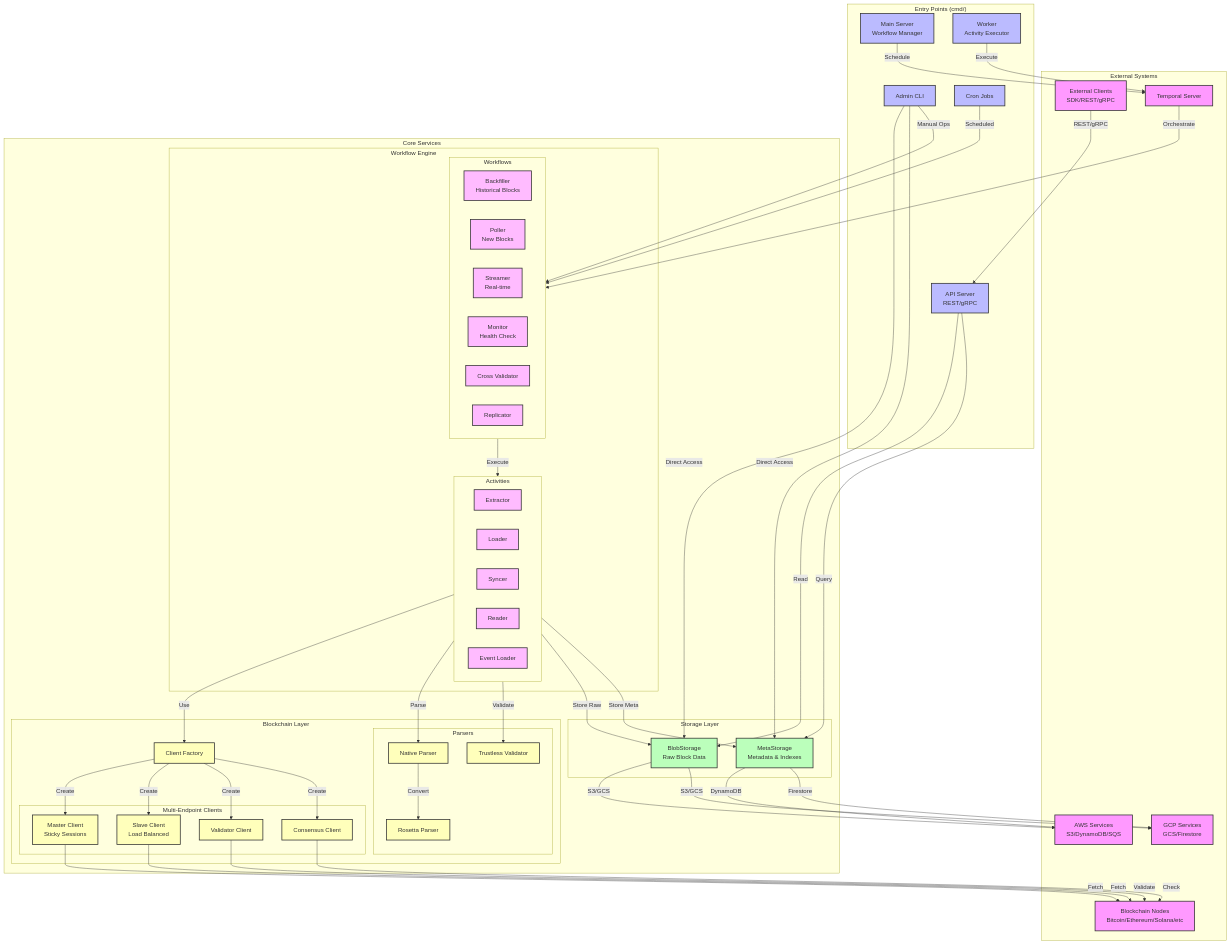
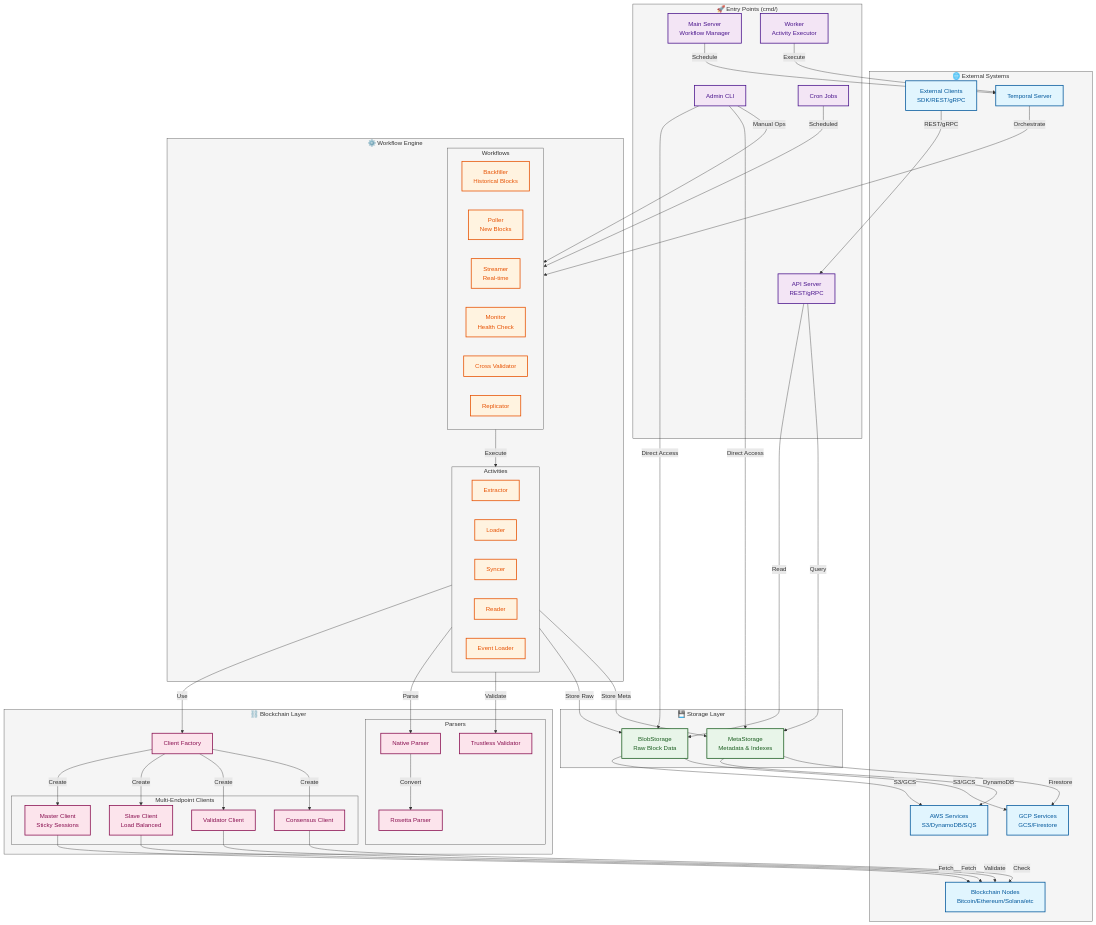
One commit to cipherowl-ai/chainstorage changed the second of 5 diagrams in COMPONENT_DIAGRAM.md. Above: the diagram before and after it, drawn with Mermaid. The commit also changed other lines of this file, not shown here.

First line of the commit message:
docs: improve component diagram readability

````diff
--- a/COMPONENT_DIAGRAM.md
+++ b/COMPONENT_DIAGRAM.md
@@ -7,7 +49,7 @@
 ```mermaid
 graph TB
     %% External Systems
-    subgraph "External Systems"
+    subgraph EXT["🌐 External Systems"]
         BC[Blockchain Nodes<br/>Bitcoin/Ethereum/Solana/etc]
         Client[External Clients<br/>SDK/REST/gRPC]
         Temporal[Temporal Server]
@@ -16,7 +58,7 @@
     end
 
     %% Entry Points
-    subgraph "Entry Points (cmd/)"
+    subgraph ENTRY["🚀 Entry Points (cmd/)"]
         API[API Server<br/>REST/gRPC]
         Server[Main Server<br/>Workflow Manager]
         Worker[Worker<br/>Activity Executor]
@@ -24,46 +66,46 @@
         Cron[Cron Jobs]
     end
 
-    %% Core Services
-    subgraph "Core Services"
-        subgraph "Storage Layer"
-            BlobStorage[BlobStorage<br/>Raw Block Data]
-            MetaStorage[MetaStorage<br/>Metadata & Indexes]
+    %% Storage Layer
+    subgraph STORAGE["💾 Storage Layer"]
+        BlobStorage[BlobStorage<br/>Raw Block Data]
+        MetaStorage[MetaStorage<br/>Metadata & Indexes]
+    end
+
+    %% Blockchain Layer
+    subgraph BLOCKCHAIN["⛓️ Blockchain Layer"]
+        ClientFactory[Client Factory]
+        subgraph CLIENTS["Multi-Endpoint Clients"]
+            Master[Master Client<br/>Sticky Sessions]
+            Slave[Slave Client<br/>Load Balanced]
+            Validator[Validator Client]
+            Consensus[Consensus Client]
         end
+        
+        subgraph PARSERS["Parsers"]
+            NativeParser[Native Parser]
+            RosettaParser[Rosetta Parser]
+            TrustlessValidator[Trustless Validator]
+        end
+    end
 
-        subgraph "Blockchain Layer"
-            ClientFactory[Client Factory]
-            subgraph "Multi-Endpoint Clients"
-                Master[Master Client<br/>Sticky Sessions]
-                Slave[Slave Client<br/>Load Balanced]
-                Validator[Validator Client]
-                Consensus[Consensus Client]
-            end
-            
-            subgraph "Parsers"
-                NativeParser[Native Parser]
-                RosettaParser[Rosetta Parser]
-                TrustlessValidator[Trustless Validator]
-            end
+    %% Workflow Engine
+    subgraph WORKFLOW["⚙️ Workflow Engine"]
+        subgraph WORKFLOWS["Workflows"]
+            Backfiller[Backfiller<br/>Historical Blocks]
+            Poller[Poller<br/>New Blocks]
+            Streamer[Streamer<br/>Real-time]
+            Monitor[Monitor<br/>Health Check]
+            CrossValidator[Cross Validator]
+            Replicator[Replicator]
         end
-
-        subgraph "Workflow Engine"
-            subgraph "Workflows"
-                Backfiller[Backfiller<br/>Historical Blocks]
-                Poller[Poller<br/>New Blocks]
-                Streamer[Streamer<br/>Real-time]
-                Monitor[Monitor<br/>Health Check]
-                CrossValidator[Cross Validator]
-                Replicator[Replicator]
-            end
-            
-            subgraph "Activities"
-                Extractor[Extractor]
-                Loader[Loader]
-                Syncer[Syncer]
-                Reader[Reader]
-                EventLoader[Event Loader]
-            end
+        
+        subgraph ACTIVITIES["Activities"]
+            Extractor[Extractor]
+            Loader[Loader]
+            Syncer[Syncer]
+            Reader[Reader]
+            EventLoader[Event Loader]
         end
     end
 
@@ -74,10 +116,10 @@
     
     Server -->|Schedule| Temporal
     Worker -->|Execute| Temporal
-    Temporal -->|Orchestrate| Workflows
+    Temporal -->|Orchestrate| WORKFLOWS
     
-    Workflows -->|Execute| Activities
-    Activities -->|Use| ClientFactory
+    WORKFLOWS -->|Execute| ACTIVITIES
+    ACTIVITIES -->|Use| ClientFactory
     ClientFactory -->|Create| Master
     ClientFactory -->|Create| Slave
     ClientFactory -->|Create| Validator
@@ -88,33 +130,35 @@
     Validator -->|Validate| BC
     Consensus -->|Check| BC
     
-    Activities -->|Parse| NativeParser
+    ACTIVITIES -->|Parse| NativeParser
     NativeParser -->|Convert| RosettaParser
-    Activities -->|Validate| TrustlessValidator
+    ACTIVITIES -->|Validate| TrustlessValidator
     
-    Activities -->|Store Raw| BlobStorage
-    Activities -->|Store Meta| MetaStorage
+    ACTIVITIES -->|Store Raw| BlobStorage
+    ACTIVITIES -->|Store Meta| MetaStorage
     BlobStorage -->|S3/GCS| AWS
     BlobStorage -->|S3/GCS| GCP
     MetaStorage -->|DynamoDB| AWS
     MetaStorage -->|Firestore| GCP
     
-    Admin -->|Manual Ops| Workflows
+    Admin -->|Manual Ops| WORKFLOWS
     Admin -->|Direct Access| BlobStorage
     Admin -->|Direct Access| MetaStorage
     
-    Cron -->|Scheduled| Workflows
+    Cron -->|Scheduled| WORKFLOWS
 
-    %% Styling
-    classDef external fill:#f9f,stroke:#333,stroke-width:2px
-    classDef entry fill:#bbf,stroke:#333,stroke-width:2px
-    classDef storage fill:#bfb,stroke:#333,stroke-width:2px
-    classDef workflow fill:#fbf,stroke:#333,stroke-width:2px
-    classDef blockchain fill:#ffb,stroke:#333,stroke-width:2px
+    %% Styling with better colors
+    classDef external fill:#e1f5fe,stroke:#01579b,stroke-width:2px,color:#01579b
+    classDef entry fill:#f3e5f5,stroke:#4a148c,stroke-width:2px,color:#4a148c
+    classDef storage fill:#e8f5e9,stroke:#1b5e20,stroke-width:2px,color:#1b5e20
+    classDef workflow fill:#fff3e0,stroke:#e65100,stroke-width:2px,color:#e65100
+    classDef blockchain fill:#fce4ec,stroke:#880e4f,stroke-width:2px,color:#880e4f
+    classDef subgraphStyle fill:#f5f5f5,stroke:#424242,stroke-width:1px
     
     class BC,Client,Temporal,AWS,GCP external
     class API,Server,Worker,Admin,Cron entry
     class BlobStorage,MetaStorage storage
     class Backfiller,Poller,Streamer,Monitor,CrossValidator,Replicator,Extractor,Loader,Syncer,Reader,EventLoader workflow
     class ClientFactory,Master,Slave,Validator,Consensus,NativeParser,RosettaParser,TrustlessValidator blockchain
+    class EXT,ENTRY,STORAGE,BLOCKCHAIN,WORKFLOW,WORKFLOWS,ACTIVITIES,CLIENTS,PARSERS subgraphStyle
 ```
````
